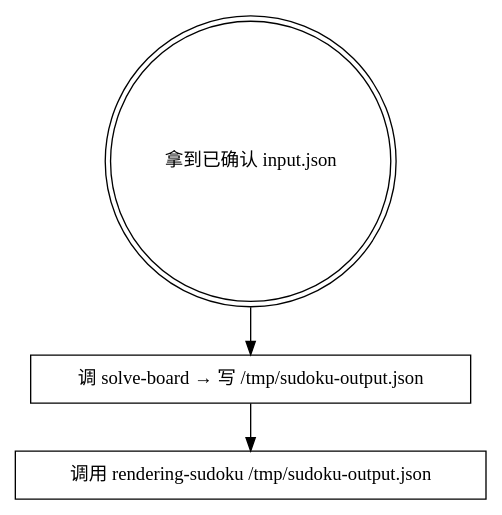
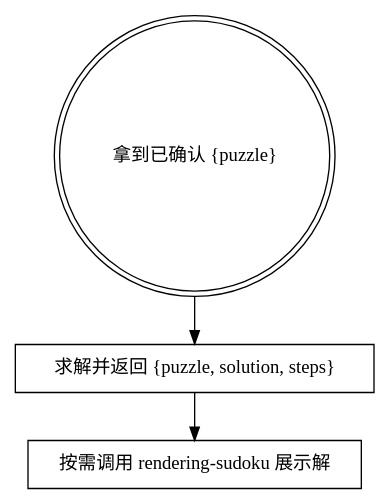
One commit to HakurouKen/puzzle-solver changed the diagram in packages/sudoku/skills/solving-sudoku/SKILL.md. Above: the diagram before and after it, drawn with Graphviz. The commit also changed other lines of this file and 12 other files, not shown here.

````diff
--- a/packages/sudoku/skills/solving-sudoku/SKILL.md
+++ b/packages/sudoku/skills/solving-sudoku/SKILL.md
@@ -12,9 +12,9 @@
 ```dot
 digraph flow {
-    "拿到已确认 input.json" [shape=doublecircle];
-    "调 solve-board → 写 /tmp/sudoku-output.json" [shape=box];
-    "调用 rendering-sudoku /tmp/sudoku-output.json" [shape=box];
-    "拿到已确认 input.json" -> "调 solve-board → 写 /tmp/sudoku-output.json"
-        -> "调用 rendering-sudoku /tmp/sudoku-output.json";
+    "拿到已确认 {puzzle}" [shape=doublecircle];
+    "求解并返回 {puzzle, solution, steps}" [shape=box];
+    "按需调用 rendering-sudoku 展示解" [shape=box];
+    "拿到已确认 {puzzle}" -> "求解并返回 {puzzle, solution, steps}"
+        -> "按需调用 rendering-sudoku 展示解";
 }
 ```
````
